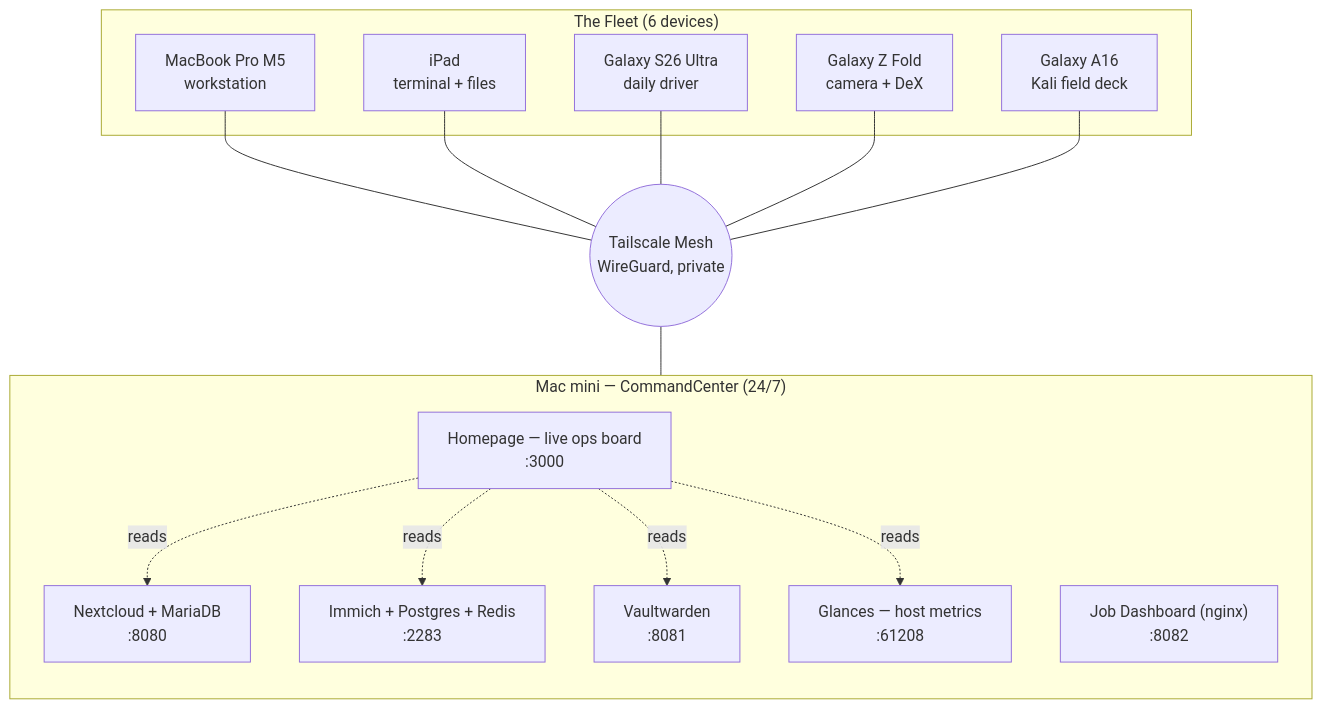
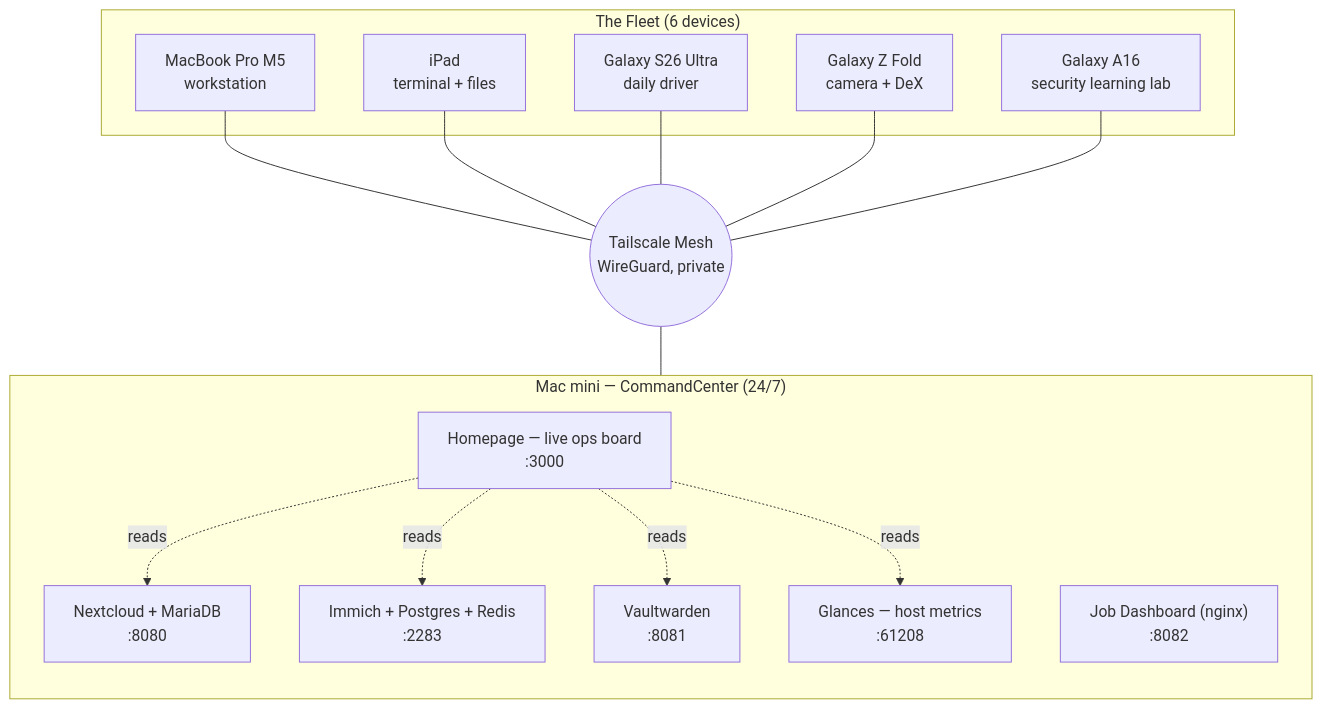
Before and after one commit to torqueadvisory/sovereign-homelab: the diagram in README.md, drawn with Mermaid. The commit also changed other lines of this file, not shown here.

````diff
--- a/README.md
+++ b/README.md
@@ -16,34 +16,34 @@
 ```mermaid
 flowchart TD
     subgraph Fleet["The Fleet (6 devices)"]
         MBP["MacBook Pro M5<br/>workstation"]
         IPAD["iPad<br/>terminal + files"]
         S26["Galaxy S26 Ultra<br/>daily driver"]
         FOLD["Galaxy Z Fold<br/>camera + DeX"]
-        A16["Galaxy A16<br/>Kali field deck"]
+        A16["Galaxy A16<br/>security learning lab"]
     end
 
     TS(("Tailscale Mesh<br/>WireGuard, private"))
 
     subgraph MINI["Mac mini — CommandCenter (24/7)"]
         direction TB
         NC["Nextcloud + MariaDB<br/>:8080"]
         IMM["Immich + Postgres + Redis<br/>:2283"]
         VW["Vaultwarden<br/>:8081"]
         DASH["Job Dashboard (nginx)<br/>:8082"]
         HP["Homepage — live ops board<br/>:3000"]
         GL["Glances — host metrics<br/>:61208"]
     end
 
     MBP --- TS
     IPAD --- TS
     S26 --- TS
     FOLD --- TS
     A16 --- TS
     TS --- MINI
 
     HP -.reads.-> NC
     HP -.reads.-> IMM
     HP -.reads.-> VW
     HP -.reads.-> GL
 ```
````
